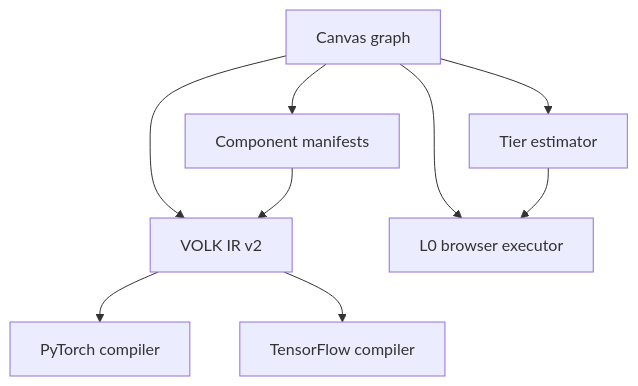
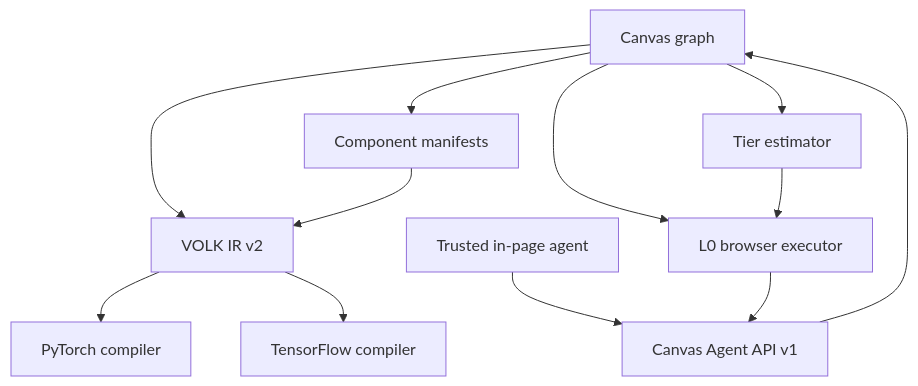
The diagram in docs/architecture/overview.md (zihangli-hndsm/VOLK-ML), drawn with Mermaid before and after one commit. The commit also changed other lines of this file, not shown here.

Commit message:
Add canvas agent API (docs/architecture/overview.md)

````diff
--- a/docs/architecture/overview.md
+++ b/docs/architecture/overview.md
@@ -40,11 +41,14 @@
 ```mermaid
 flowchart TD
     A["Canvas graph"] --> B["Component manifests"]
     A --> C["VOLK IR v2"]
     B --> C
     C --> D["PyTorch compiler"]
     C --> E["TensorFlow compiler"]
     A --> F["Tier estimator"]
     A --> G["L0 browser executor"]
+    H["Trusted in-page agent"] --> I["Canvas Agent API v1"]
+    I --> A
+    G --> I
     F --> G
 ```
````
